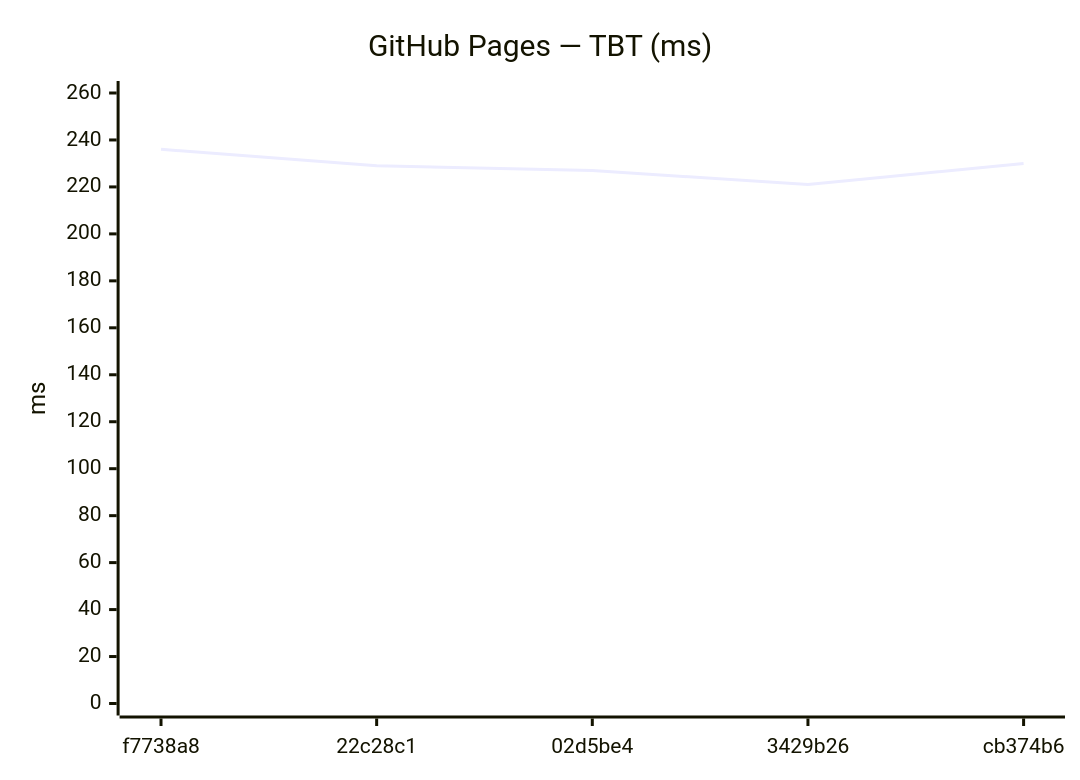
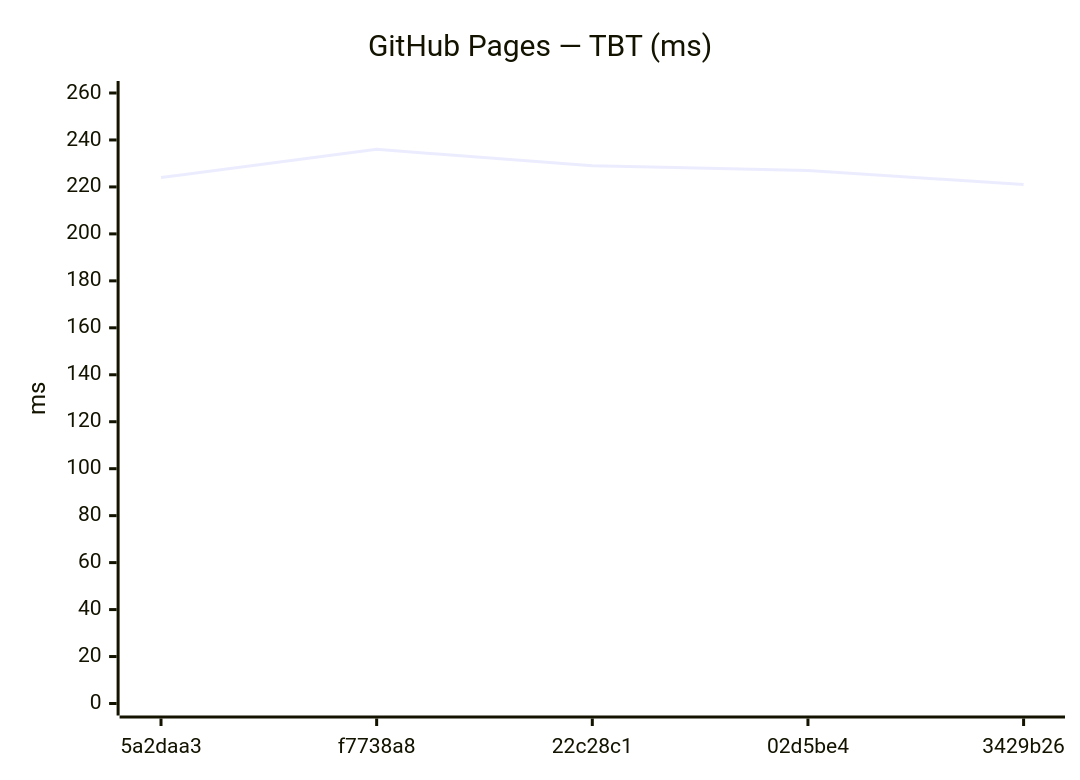
Before and after one commit to Metaheurist/Rianell: the tenth of 18 diagrams in benchmarks/compare.md, drawn with Mermaid. The commit also changed other lines of this file and 11 other files, not shown here.

````diff
--- a/benchmarks/compare.md
+++ b/benchmarks/compare.md
@@ -149,7 +149,7 @@
 ```mermaid
 xychart-beta
     title "GitHub Pages — TBT (ms)"
-    x-axis ["f7738a8", "22c28c1", "02d5be4", "3429b26", "cb374b6"]
+    x-axis ["5a2daa3", "f7738a8", "22c28c1", "02d5be4", "3429b26"]
     y-axis "ms" 0 --> 260
-    line [236, 229, 227, 221, 230]
+    line [224, 236, 229, 227, 221]
 ```
````
